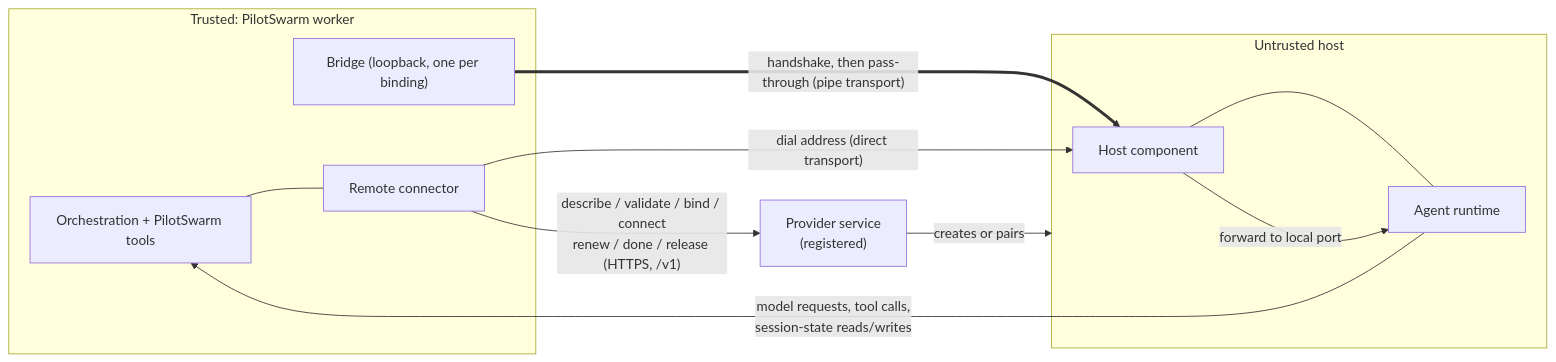
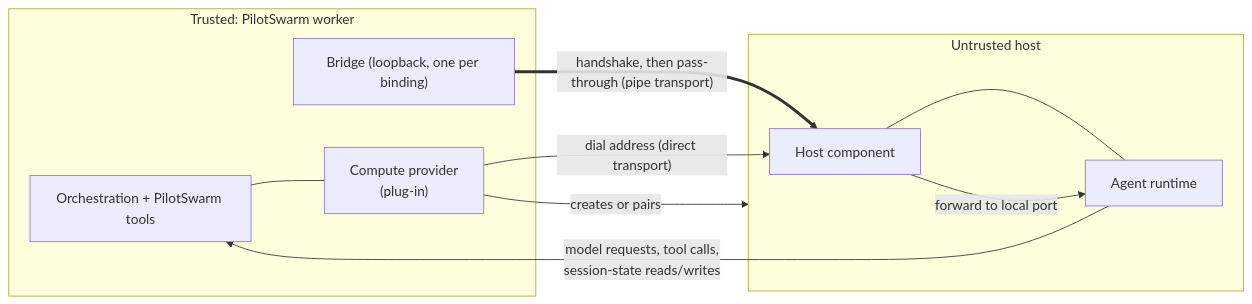
Before and after one commit to microsoft/PilotSwarm: the second of 2 diagrams in docs/proposals/compute-providers.md, drawn with Mermaid. The commit also changed other lines of this file and 2 other files, not shown here.

````diff
--- a/docs/proposals/compute-providers.md
+++ b/docs/proposals/compute-providers.md
@@ -221,21 +215,19 @@
 ```mermaid
 flowchart LR
   subgraph T["Trusted: PilotSwarm worker"]
     ORCH["Orchestration + PilotSwarm tools"]
-    RC["Remote connector"]
+    CP["Compute provider<br/>(plug-in)"]
     BR["Bridge (loopback, one per binding)"]
-    ORCH --- RC
+    ORCH --- CP
   end
-  PS["Provider service<br/>(registered)"]
   subgraph HOST["Untrusted host"]
     HCOMP["Host component"]
     RT["Agent runtime"]
     HCOMP --- RT
   end
-  RC -- "describe / validate / bind / connect<br/>renew / done / release (HTTPS, /v1)" --> PS
-  PS -- "creates or pairs" --> HOST
+  CP -- "creates or pairs" --> HOST
   BR == "handshake, then pass-through (pipe transport)" ==> HCOMP
-  RC -- "dial address (direct transport)" --> HCOMP
+  CP -- "dial address (direct transport)" --> HCOMP
   HCOMP -- "forward to local port" --> RT
   RT -- "model requests, tool calls,<br/>session-state reads/writes" --> ORCH
 ```
````
